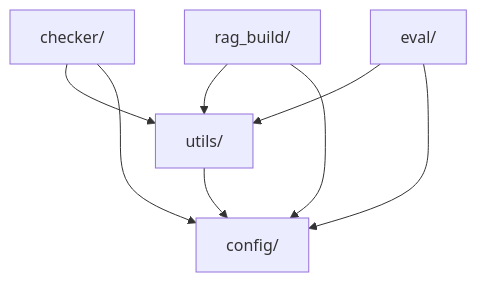
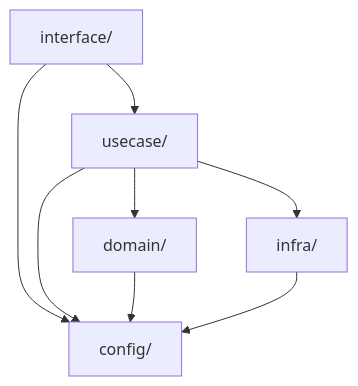
One commit to daisuke0412/md-checker changed the fifth of 5 diagrams in docs/architecture.md. Above: the diagram before and after it, drawn with Mermaid. The commit also changed other lines of this file and 40 other files, not shown here.

Commit message:
modify: architecture

````diff
--- a/docs/architecture.md
+++ b/docs/architecture.md
@@ -200,10 +213,10 @@
 ```mermaid
 flowchart TD
-    checker["checker/"] --> utils["utils/"]
-    rag_build["rag_build/"] --> utils
-    eval["eval/"] --> utils
-    checker --> config["config/"]
-    rag_build --> config
-    eval --> config
-    utils --> config
+    interface["interface/"] --> usecase["usecase/"]
+    usecase --> domain["domain/"]
+    usecase --> infra["infra/"]
+    interface --> config["config/"]
+    usecase --> config
+    domain --> config
+    infra --> config
 ```
````
